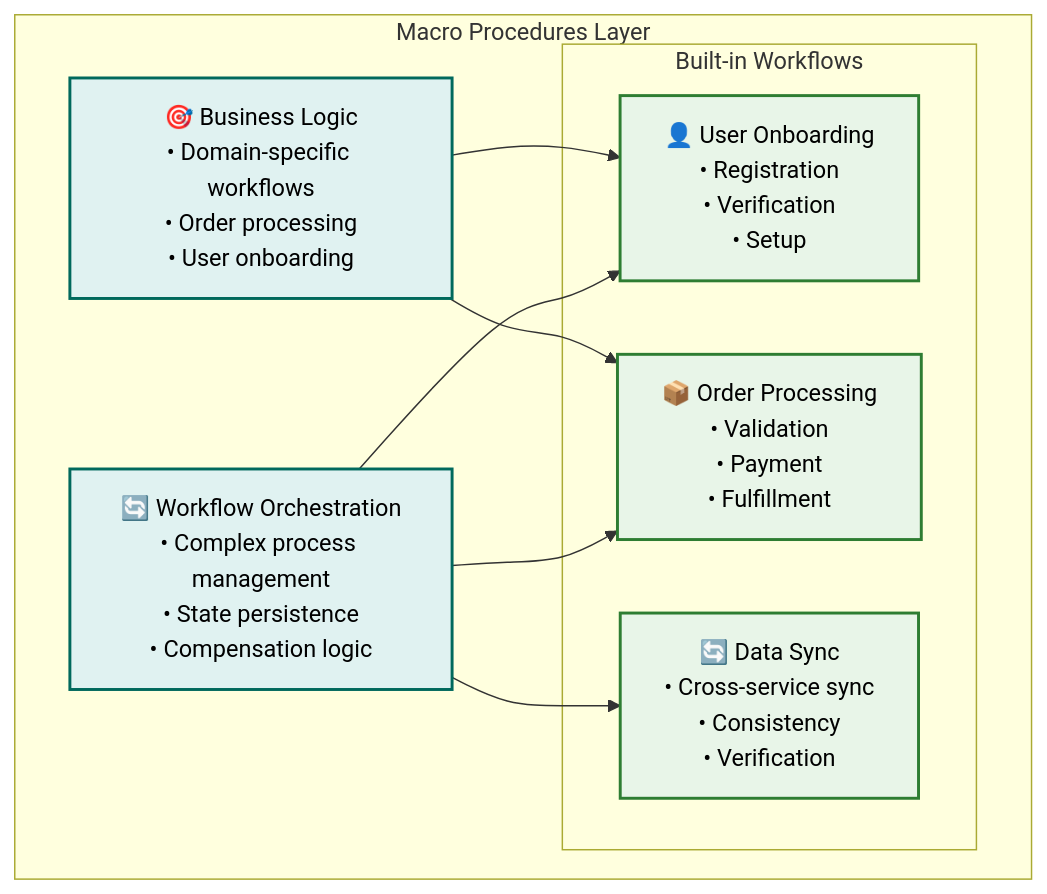
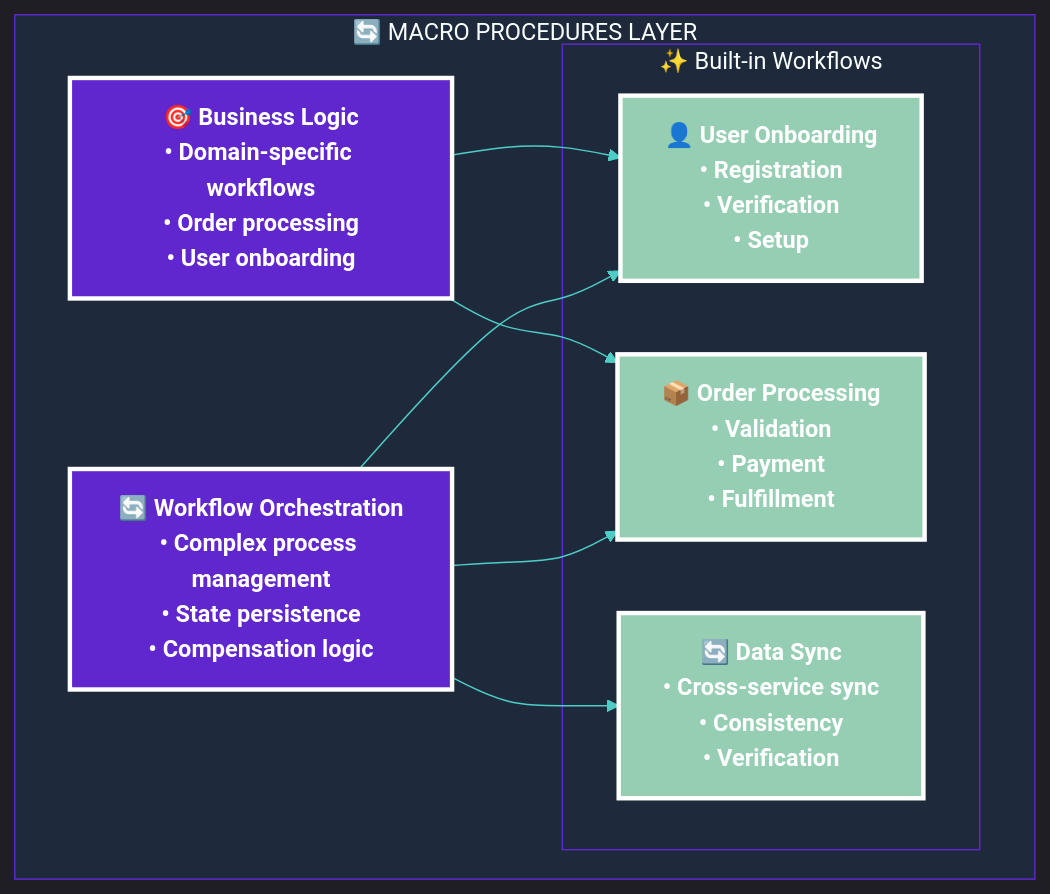
The third of 8 diagrams in diagrams/microservices-architecture.md (abdoElHodaky/larvrevrstender), drawn with Mermaid before and after one commit. The commit also changed other lines of this file and 1 other file, not shown here.

First line of the commit message:
feat: Redesign microservices and workflow diagrams with distinguished eye-catching styling

````diff
--- a/diagrams/microservices-architecture.md
+++ b/diagrams/microservices-architecture.md
@@ -167,25 +203,41 @@
 ```mermaid
+%%{init: {
+  'theme': 'dark',
+  'themeVariables': {
+    'primaryColor': '#5F27CD',
+    'primaryTextColor': '#FFFFFF',
+    'primaryBorderColor': '#7B4AE0',
+    'lineColor': '#4ECDC4',
+    'background': '#0F172A',
+    'mainBkg': '#1E293B',
+    'clusterBkg': '#1E293B',
+    'clusterBorder': '#5F27CD',
+    'nodeTextColor': '#FFFFFF',
+    'edgeColor': '#4ECDC4'
+  }
+}}%%
+
 graph TB
-    subgraph "Macro Procedures Layer"
+    subgraph "🔄 MACRO PROCEDURES LAYER"
         WF[🔄 Workflow Orchestration<br/>• Complex process management<br/>• State persistence<br/>• Compensation logic]
         BL[🎯 Business Logic<br/>• Domain-specific workflows<br/>• Order processing<br/>• User onboarding]
         
-        subgraph "Built-in Workflows"
+        subgraph "✨ Built-in Workflows"
             USER_WF[👤 User Onboarding<br/>• Registration<br/>• Verification<br/>• Setup]
             ORDER_WF[📦 Order Processing<br/>• Validation<br/>• Payment<br/>• Fulfillment]
             DATA_WF[🔄 Data Sync<br/>• Cross-service sync<br/>• Consistency<br/>• Verification]
         end
     end
 
     WF --> USER_WF
     WF --> ORDER_WF
     WF --> DATA_WF
     BL --> USER_WF
     BL --> ORDER_WF
 
-    classDef macroStyle fill:#e0f2f1,stroke:#00695c,stroke-width:2px,color:#000
-    classDef workflowStyle fill:#e8f5e8,stroke:#2e7d32,stroke-width:2px,color:#000
+    classDef macroStyle fill:#5F27CD,stroke:#FFFFFF,stroke-width:3px,color:#FFFFFF,font-weight:bold
+    classDef workflowStyle fill:#96CEB4,stroke:#FFFFFF,stroke-width:3px,color:#FFFFFF,font-weight:bold
     
     class WF,BL macroStyle
     class USER_WF,ORDER_WF,DATA_WF workflowStyle
 ```
````
